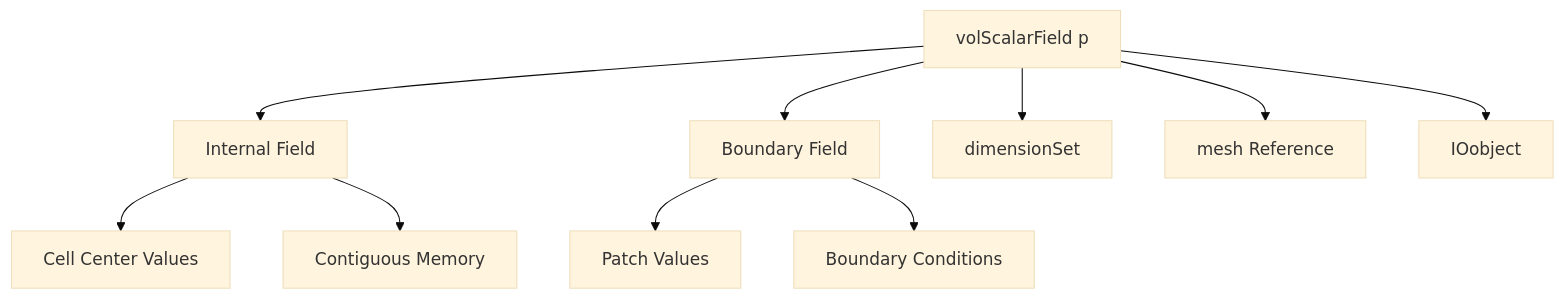
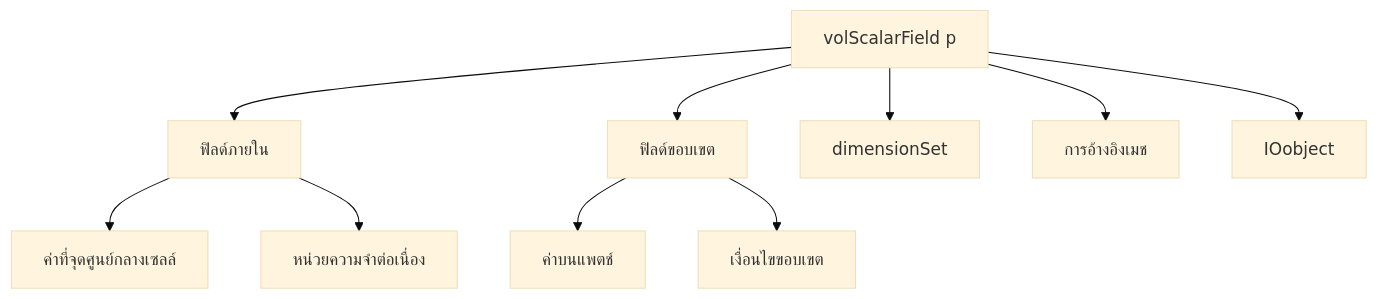
Before and after one commit to wramet/build-my-cfd: the second of 4 diagrams in MODULE_05_OPENFOAM_PROGRAMMING/CONTENT/08_FIELD_TYPES/00_Overview.md, drawn with Mermaid (base theme). The commit also changed other lines of this file and 104 other files, not shown here.

````diff
--- a/MODULE_05_OPENFOAM_PROGRAMMING/CONTENT/08_FIELD_TYPES/00_Overview.md
+++ b/MODULE_05_OPENFOAM_PROGRAMMING/CONTENT/08_FIELD_TYPES/00_Overview.md
@@ -140,14 +140,14 @@
 ```mermaid
 graph TD
-    A[volScalarField p] --> B[Internal Field]
-    A --> C[Boundary Field]
+    A[volScalarField p] --> B[ฟิลด์ภายใน]
+    A --> C[ฟิลด์ขอบเขต]
     A --> D[dimensionSet]
-    A --> E[mesh Reference]
+    A --> E[การอ้างอิงเมช]
     A --> F[IOobject]
 
-    B --> B1[Cell Center Values]
-    B --> B2[Contiguous Memory]
+    B --> B1[ค่าที่จุดศูนย์กลางเซลล์]
+    B --> B2[หน่วยความจำต่อเนื่อง]
 
-    C --> C1[Patch Values]
-    C --> C2[Boundary Conditions]
+    C --> C1[ค่าบนแพตช์]
+    C --> C2[เงื่อนไขขอบเขต]
 ```
````
